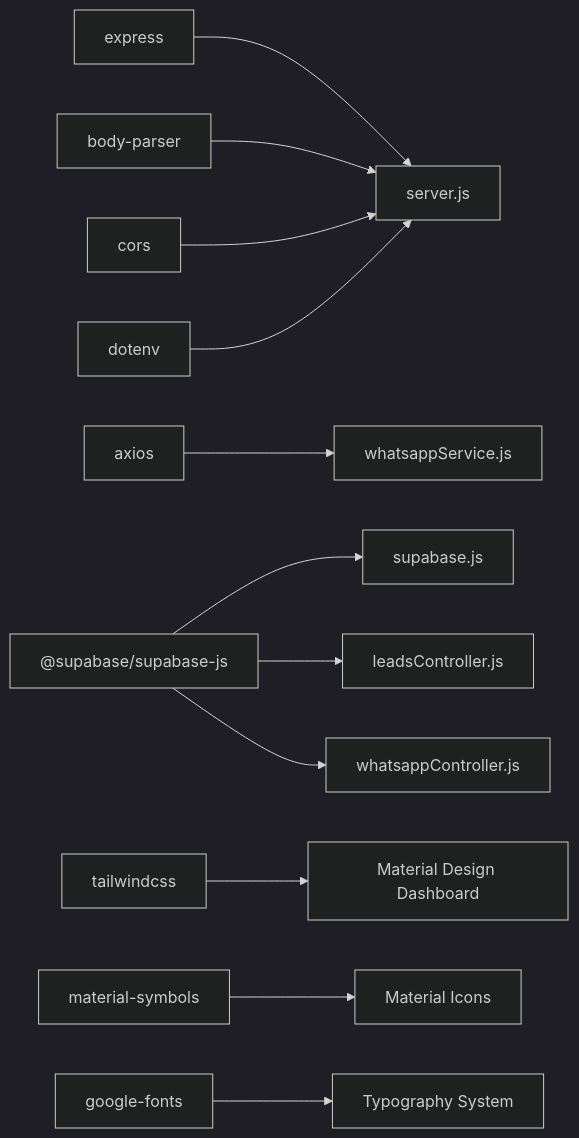
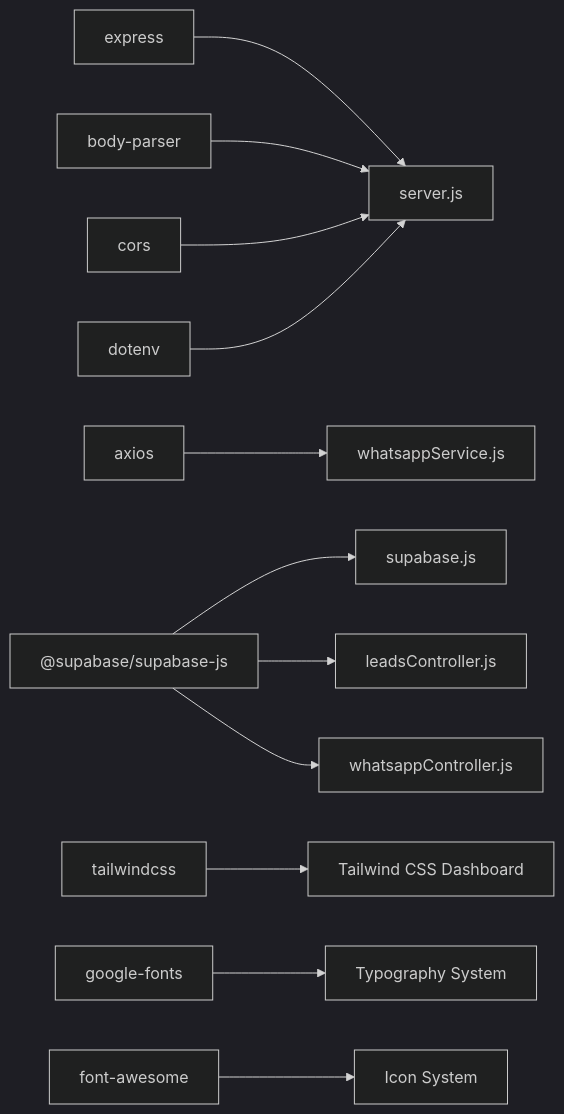
Before and after one commit to hariom-wdsadhunik/SaaS-Project: the fourth of 4 diagrams in .qoder/repowiki/en/content/Development Guide.md, drawn with Mermaid (dark theme). The commit also changed other lines of this file and 27 other files, not shown here.

````diff
--- a/.qoder/repowiki/en/content/Development Guide.md
+++ b/.qoder/repowiki/en/content/Development Guide.md
@@ -557,14 +571,14 @@
 ```mermaid
 graph LR
 Express["express"] --> Server["server.js"]
 BodyParser["body-parser"] --> Server
 CORS["cors"] --> Server
 Dotenv["dotenv"] --> Server
 Axios["axios"] --> WhatsAppService["whatsappService.js"]
 Supabase["@supabase/supabase-js"] --> SupabaseClient["supabase.js"]
 Supabase --> LeadsController["leadsController.js"]
 Supabase --> WhatsAppController["whatsappController.js"]
-Tailwind["tailwindcss"] --> MaterialDesign["Material Design Dashboard"]
-MaterialSymbols["material-symbols"] --> Icons["Material Icons"]
-Fonts["google-fonts"] --> Typography["Typography System"]
+Tailwind["tailwindcss"] --> TailwindDashboard["Tailwind CSS Dashboard"]
+GoogleFonts["google-fonts"] --> Typography["Typography System"]
+FontAwesome["font-awesome"] --> Icons["Icon System"]
 ```
````
